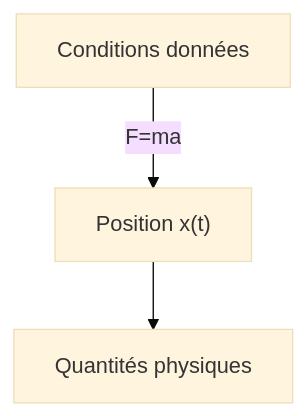
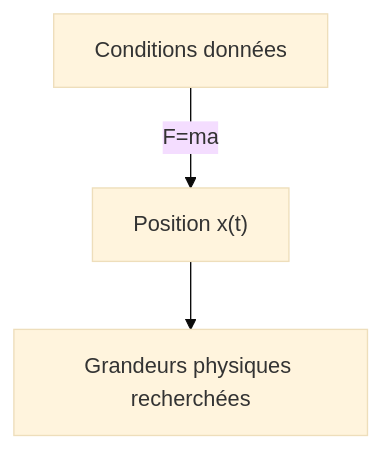
The first of 2 diagrams in _posts/fr/2024-10-08-schrodinger-equation-and-the-wave-function.md (yunseo-kim/yunseo-kim.github.io), drawn with Mermaid (base theme) before and after one commit. The commit also changed other lines of this file and 84 other files, not shown here.

````diff
--- a/_posts/fr/2024-10-08-schrodinger-equation-and-the-wave-function.md
+++ b/_posts/fr/2024-10-08-schrodinger-equation-and-the-wave-function.md
@@ -41,5 +35,5 @@
 ```mermaid
 flowchart TD
 	conditions["Conditions données"] -- F=ma --> x["Position x(t)"]
-	x --> quantities["Quantités physiques"]
+	x --> quantities["Grandeurs physiques recherchées"]
 ```
````
